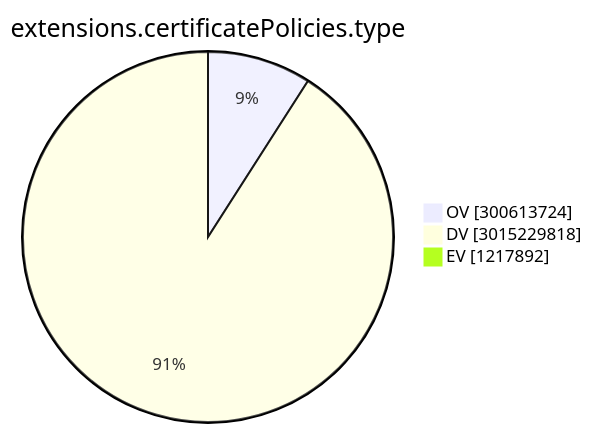
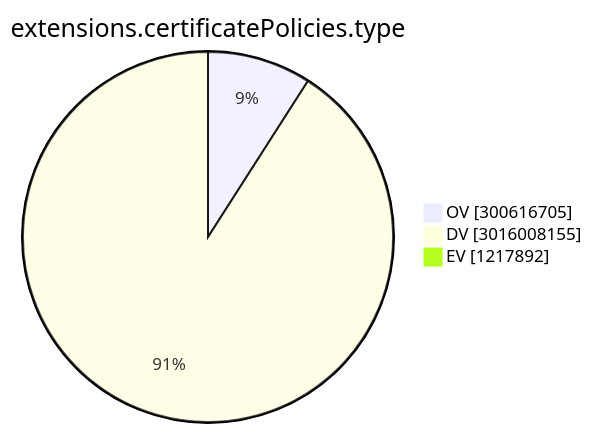
One commit to christiankrug/ctmonitor_visualization changed the ninth of 15 diagrams in TOTAL/README.md. Above: the diagram before and after it, drawn with Mermaid. The commit also changed other lines of this file, not shown here.

````diff
--- a/TOTAL/README.md
+++ b/TOTAL/README.md
@@ -3102,7 +3102,7 @@
 ```mermaid
 pie showData
 title extensions.certificatePolicies.type
-"OV" :300613724
-"DV" :3015229818
+"OV" :300616705
+"DV" :3016008155
 "EV" :1217892
 ```
````
